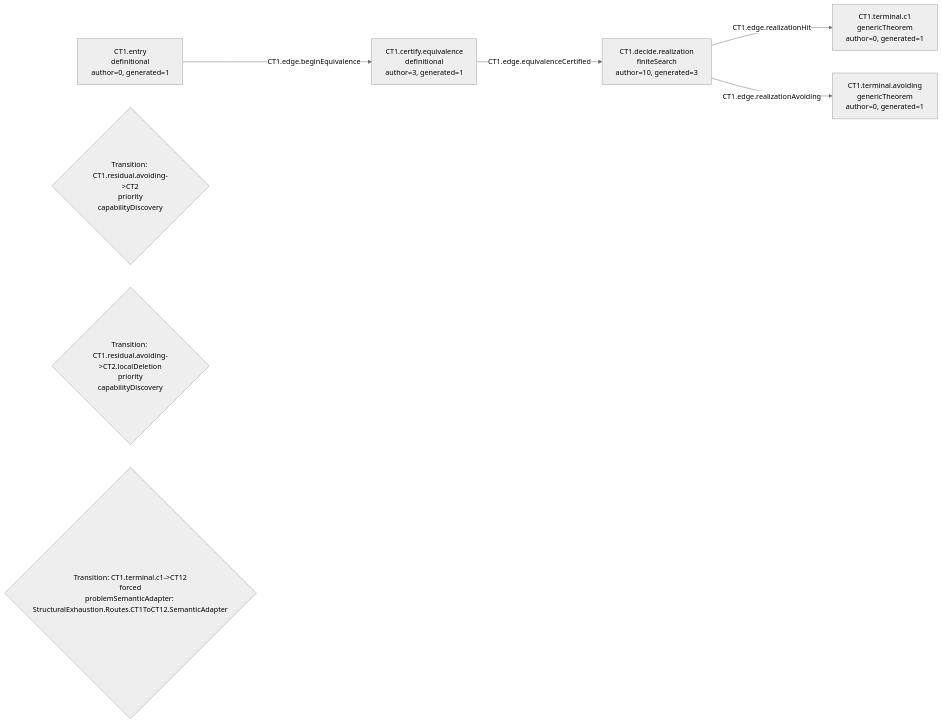
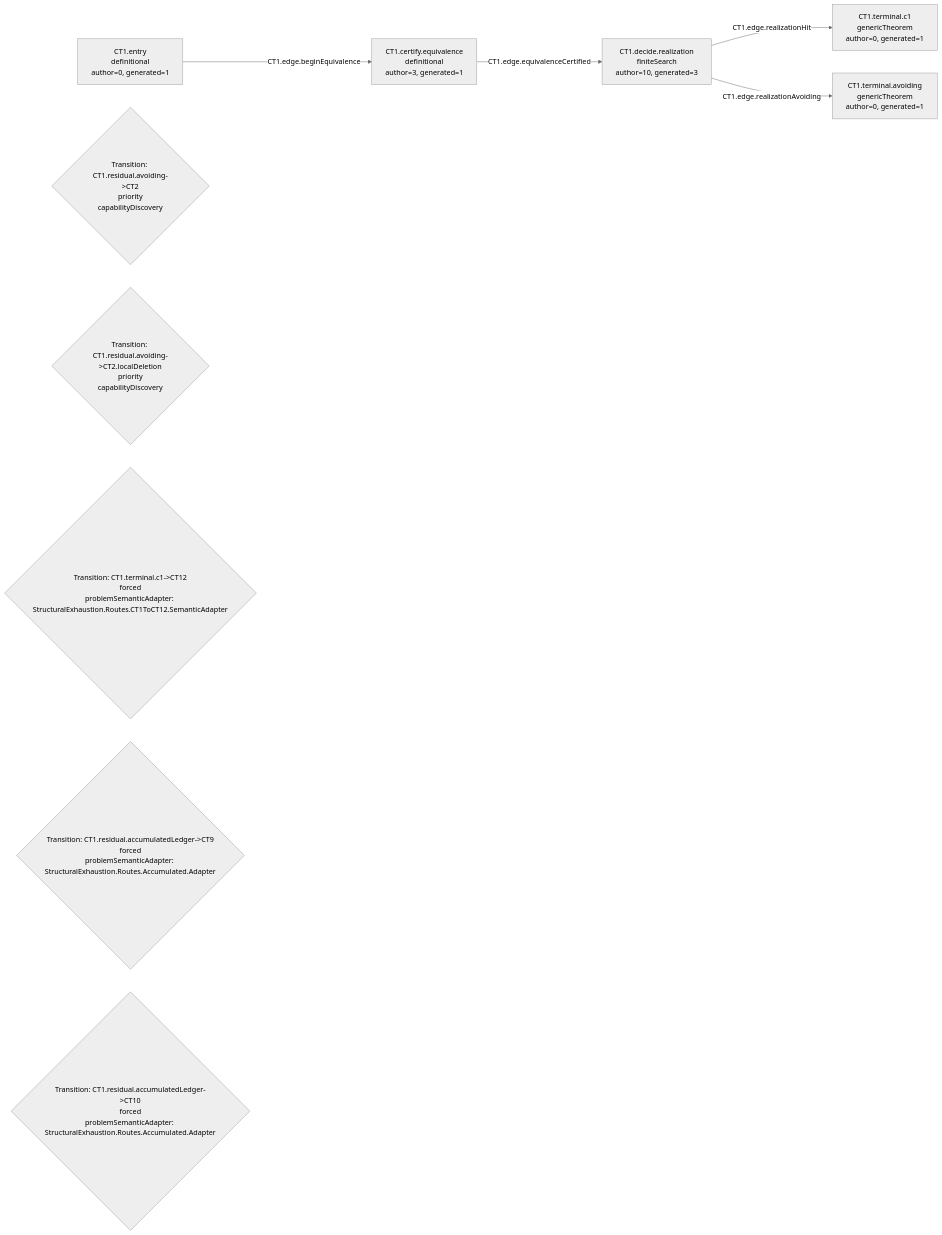
Before and after one commit to Guillemdb/structural_exhaustion: the diagram in generated/mermaid/CT1.mmd, drawn with Mermaid (neutral theme). The commit also changed 189 other files, not shown here.

```diff
--- a/generated/mermaid/CT1.mmd
+++ b/generated/mermaid/CT1.mmd
@@ -1,13 +1,15 @@
 flowchart LR
   N1["CT1.entry<br/>definitional<br/>author=0, generated=1"]
   N2["CT1.certify.equivalence<br/>definitional<br/>author=3, generated=1"]
   N3["CT1.decide.realization<br/>finiteSearch<br/>author=10, generated=3"]
   N4["CT1.terminal.c1<br/>genericTheorem<br/>author=0, generated=1"]
   N5["CT1.terminal.avoiding<br/>genericTheorem<br/>author=0, generated=1"]
   N1 -->|CT1.edge.beginEquivalence| N2
   N2 -->|CT1.edge.equivalenceCertified| N3
   N3 -->|CT1.edge.realizationHit| N4
   N3 -->|CT1.edge.realizationAvoiding| N5
   P1{"Transition: CT1.residual.avoiding->CT2<br/>priority<br/>capabilityDiscovery"}
   P2{"Transition: CT1.residual.avoiding->CT2.localDeletion<br/>priority<br/>capabilityDiscovery"}
   P3{"Transition: CT1.terminal.c1->CT12<br/>forced<br/>problemSemanticAdapter: StructuralExhaustion.Routes.CT1ToCT12.SemanticAdapter"}
+  P4{"Transition: CT1.residual.accumulatedLedger->CT9<br/>forced<br/>problemSemanticAdapter: StructuralExhaustion.Routes.Accumulated.Adapter"}
+  P5{"Transition: CT1.residual.accumulatedLedger->CT10<br/>forced<br/>problemSemanticAdapter: StructuralExhaustion.Routes.Accumulated.Adapter"}
```
